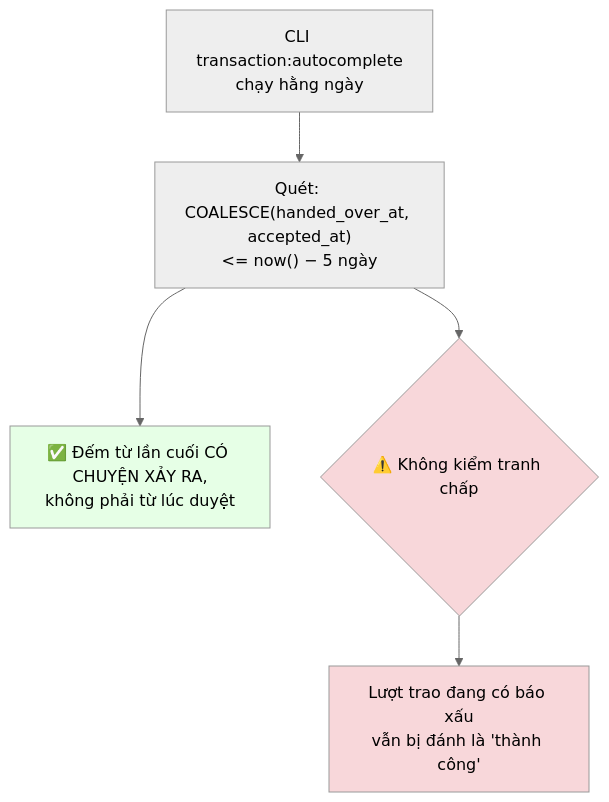
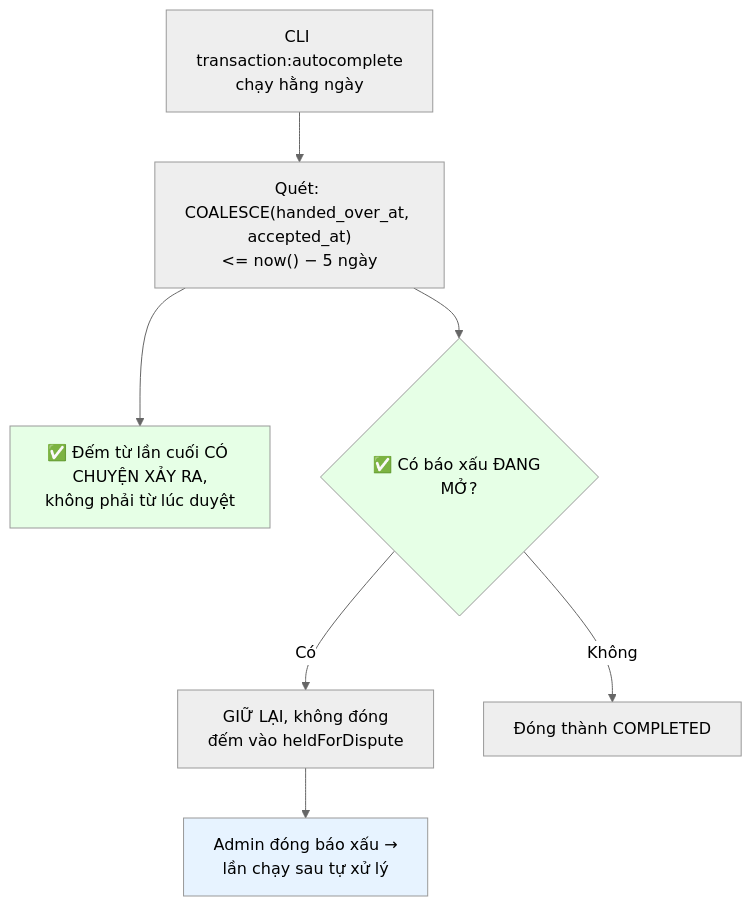
Before and after one commit to fdshn/trueheart: the third of 6 diagrams in docs/diagram/08-transaction.md, drawn with Mermaid (neutral theme). The commit also changed other lines of this file and 10 other files, not shown here.

````diff
--- a/docs/diagram/08-transaction.md
+++ b/docs/diagram/08-transaction.md
@@ -75,11 +75,13 @@
 ```mermaid
 flowchart TD
     A[CLI transaction:autocomplete<br/>chạy hằng ngày] --> B["Quét: COALESCE(handed_over_at, accepted_at)<br/><= now() − 5 ngày"]
     B --> C["✅ Đếm từ lần cuối CÓ CHUYỆN XẢY RA,<br/>không phải từ lúc duyệt"]
-    B --> E{⚠️ Không kiểm tranh chấp}
-    E --> F["Lượt trao đang có báo xấu<br/>vẫn bị đánh là 'thành công'"]
+    B --> E{✅ Có báo xấu ĐANG MỞ?}
+    E -->|Có| F["GIỮ LẠI, không đóng<br/>đếm vào heldForDispute"]
+    E -->|Không| G["Đóng thành COMPLETED"]
+    F --> H["Admin đóng báo xấu →<br/>lần chạy sau tự xử lý"]
 
     style C fill:#e6ffe6
-    style E fill:#f8d7da
-    style F fill:#f8d7da
+    style E fill:#e6ffe6
+    style H fill:#e7f3ff
 ```
````
